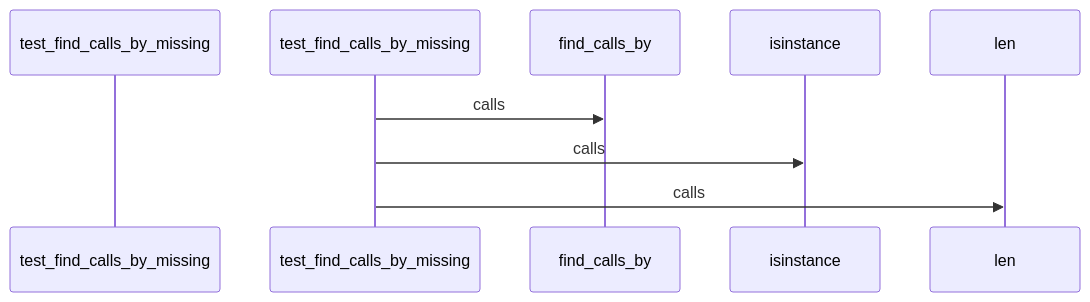
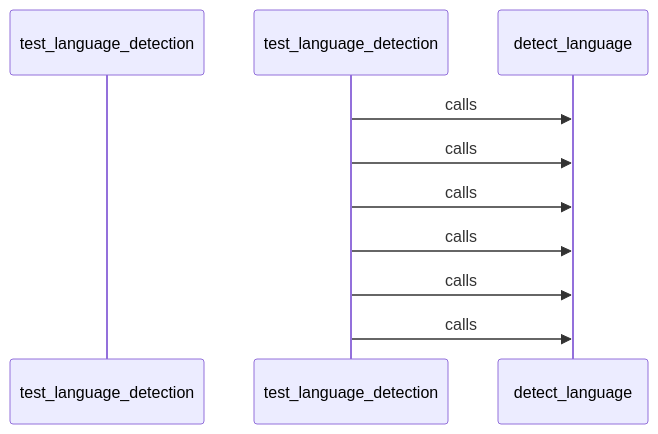
Diagram 24 of 26 in docs/CALL_FLOW.md (hazalkoom/DECODEx01), drawn with Mermaid before and after one commit. The commit also changed other lines of this file and 15 other files, not shown here.

Commit message:
feat: NLG phases 2-4 - API scanner, few-shot schema, and story generator

````diff
--- a/docs/CALL_FLOW.md
+++ b/docs/CALL_FLOW.md
@@ -917,17 +887,29 @@
 ```mermaid
 sequenceDiagram
-    participant Start as test_find_calls_by_missing
+    participant Start as test_language_detection
 
 
-    test_find_calls_by_missing->>find_calls_by: calls
+    test_language_detection->>detect_language: calls
 
 
 
-    test_find_calls_by_missing->>isinstance: calls
+    test_language_detection->>detect_language: calls
 
 
 
-    test_find_calls_by_missing->>len: calls
+    test_language_detection->>detect_language: calls
+
+
+
+    test_language_detection->>detect_language: calls
+
+
+
+    test_language_detection->>detect_language: calls
+
+
+
+    test_language_detection->>detect_language: calls
 
 
 ```
````
